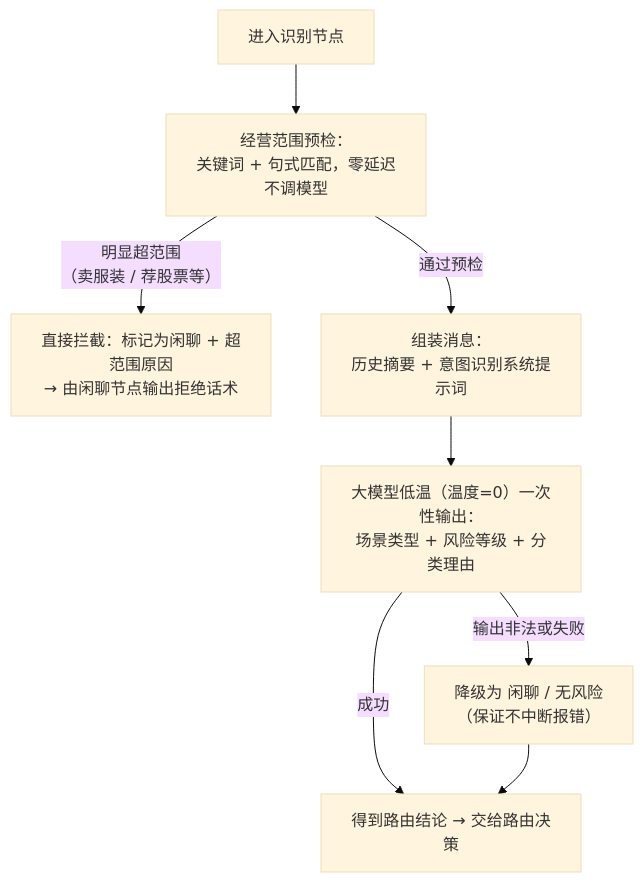
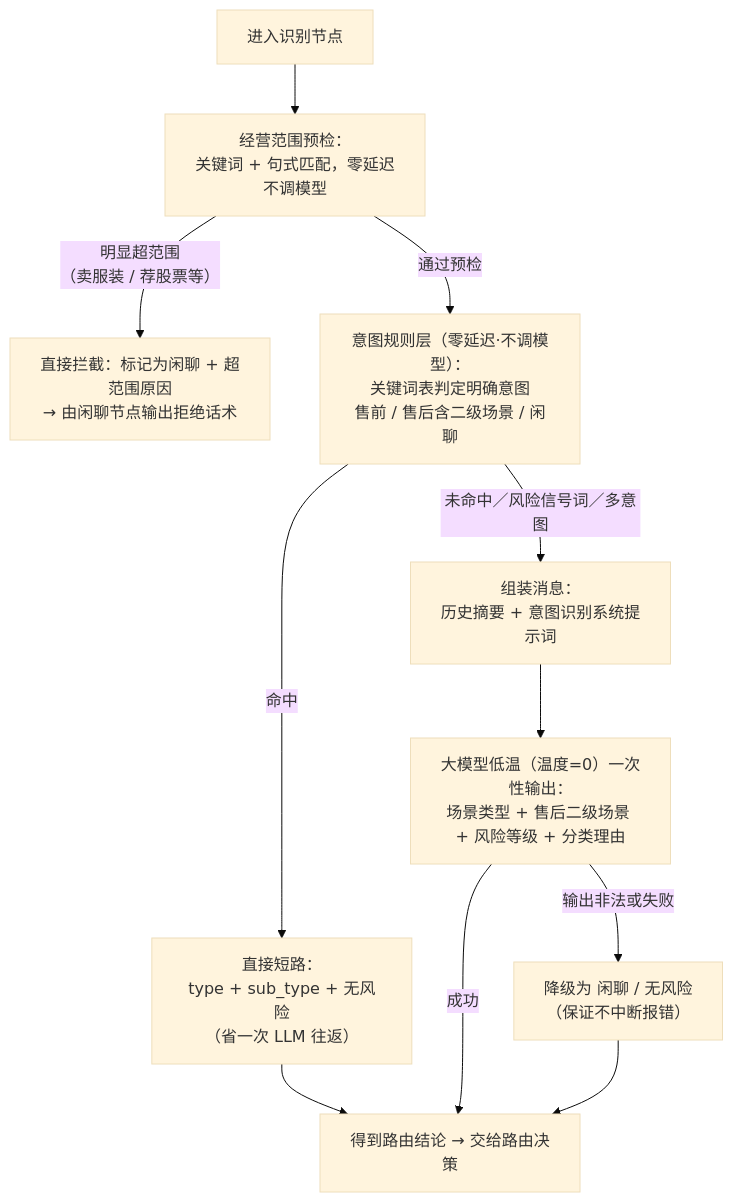
One commit to blowt16/SmartCS-Agent changed the tenth of 36 diagrams in docs/PROJECT_ANALYSIS.md. Above: the diagram before and after it, drawn with Mermaid (base theme). The commit also changed other lines of this file and 9 other files, not shown here.

First line of the commit message:
[feat] 意图识别迭代：规则判定层前置 + 售后二级场景恢复

````diff
--- a/docs/PROJECT_ANALYSIS.md
+++ b/docs/PROJECT_ANALYSIS.md
@@ -445,10 +445,13 @@
 ```mermaid
 flowchart TD
     A["进入识别节点"] --> B["经营范围预检：<br/>关键词 + 句式匹配，零延迟不调模型"]
     B -->|"明显超范围<br/>（卖服装 / 荐股票等）"| C["直接拦截：标记为闲聊 + 超范围原因<br/>→ 由闲聊节点输出拒绝话术"]
-    B -->|"通过预检"| D["组装消息：<br/>历史摘要 + 意图识别系统提示词"]
-    D --> E["大模型低温（温度=0）一次性输出：<br/>场景类型 + 风险等级 + 分类理由"]
+    B -->|"通过预检"| RL["意图规则层（零延迟·不调模型）：<br/>关键词表判定明确意图<br/>售前 / 售后含二级场景 / 闲聊"]
+    RL -->|"命中"| RC["直接短路：<br/>type + sub_type + 无风险<br/>（省一次 LLM 往返）"]
+    RC --> G
+    RL -->|"未命中／风险信号词／多意图"| D["组装消息：<br/>历史摘要 + 意图识别系统提示词"]
+    D --> E["大模型低温（温度=0）一次性输出：<br/>场景类型 + 售后二级场景 + 风险等级 + 分类理由"]
     E -->|"输出非法或失败"| F["降级为 闲聊 / 无风险<br/>（保证不中断报错）"]
     E -->|"成功"| G["得到路由结论 → 交给路由决策"]
     F --> G
 ```
````
